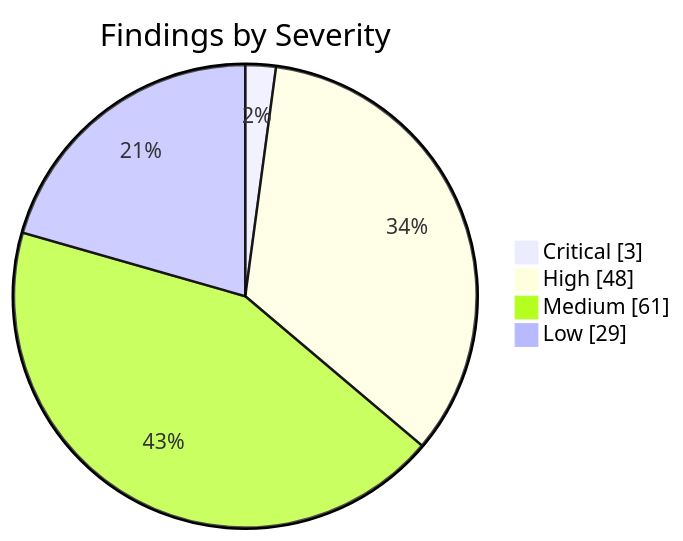
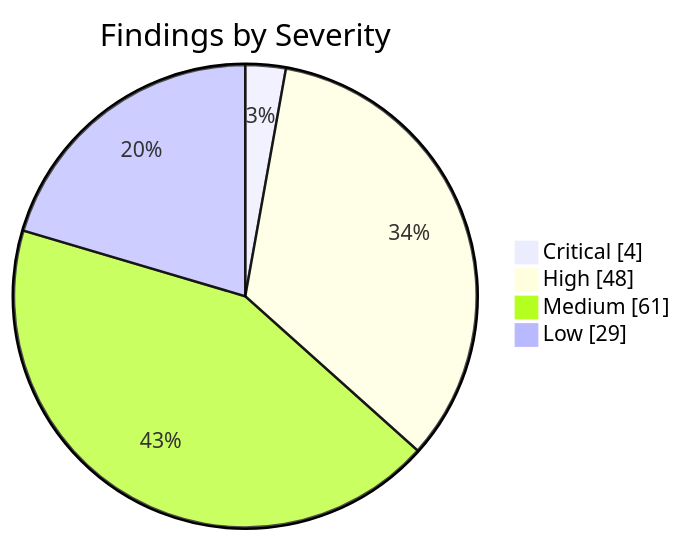
Before and after one commit to KBVE/kbve: the first of 2 diagrams in apps/kbve/astro-kbve/src/content/docs/dashboard/security.mdx, drawn with Mermaid. The commit also changed other lines of this file and 8 other files, not shown here.

````diff
--- a/apps/kbve/astro-kbve/src/content/docs/dashboard/security.mdx
+++ b/apps/kbve/astro-kbve/src/content/docs/dashboard/security.mdx
@@ -62,8 +62,8 @@
 ```mermaid
 pie showData
     title Findings by Severity
-    "Critical" : 3
+    "Critical" : 4
     "High" : 48
     "Medium" : 61
     "Low" : 29
 ```
````
